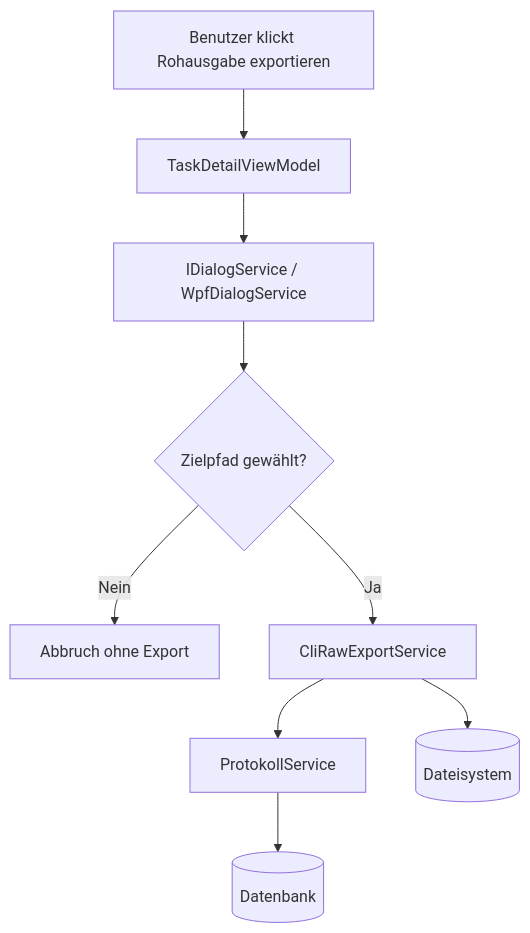
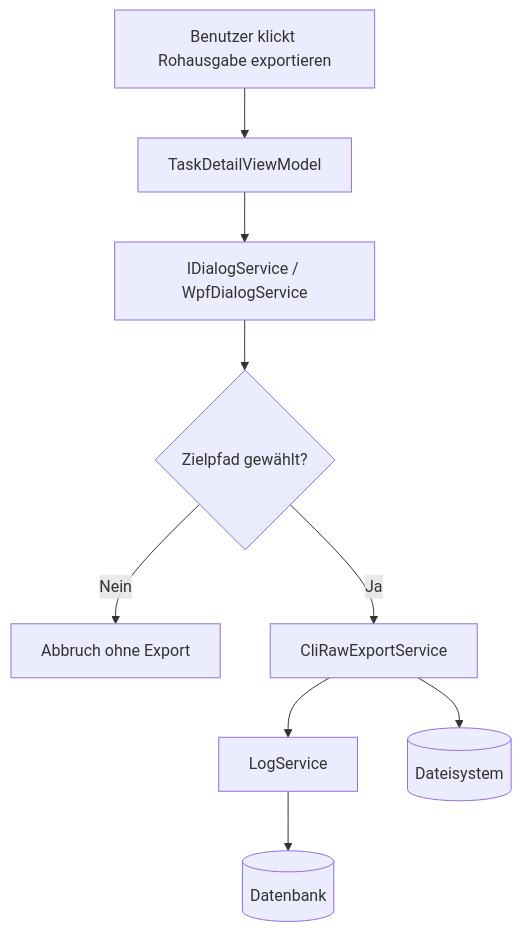
One commit to martin-stromberg/Softwareschmiede changed the diagram in docs/help/aufgaben/architektur.md. Above: the diagram before and after it, drawn with Mermaid. The commit also changed other lines of this file and 139 other files, not shown here.

````diff
--- a/docs/help/aufgaben/architektur.md
+++ b/docs/help/aufgaben/architektur.md
@@ -41,11 +41,11 @@
 ```mermaid
 graph TD
     A[Benutzer klickt Rohausgabe exportieren] --> B[TaskDetailViewModel]
     B --> C[IDialogService / WpfDialogService]
     C --> D{Zielpfad gewählt?}
     D -- Nein --> E[Abbruch ohne Export]
     D -- Ja --> F[CliRawExportService]
-    F --> G[ProtokollService]
+    F --> G[LogService]
     G --> H[(Datenbank)]
     F --> I[(Dateisystem)]
 ```
````
